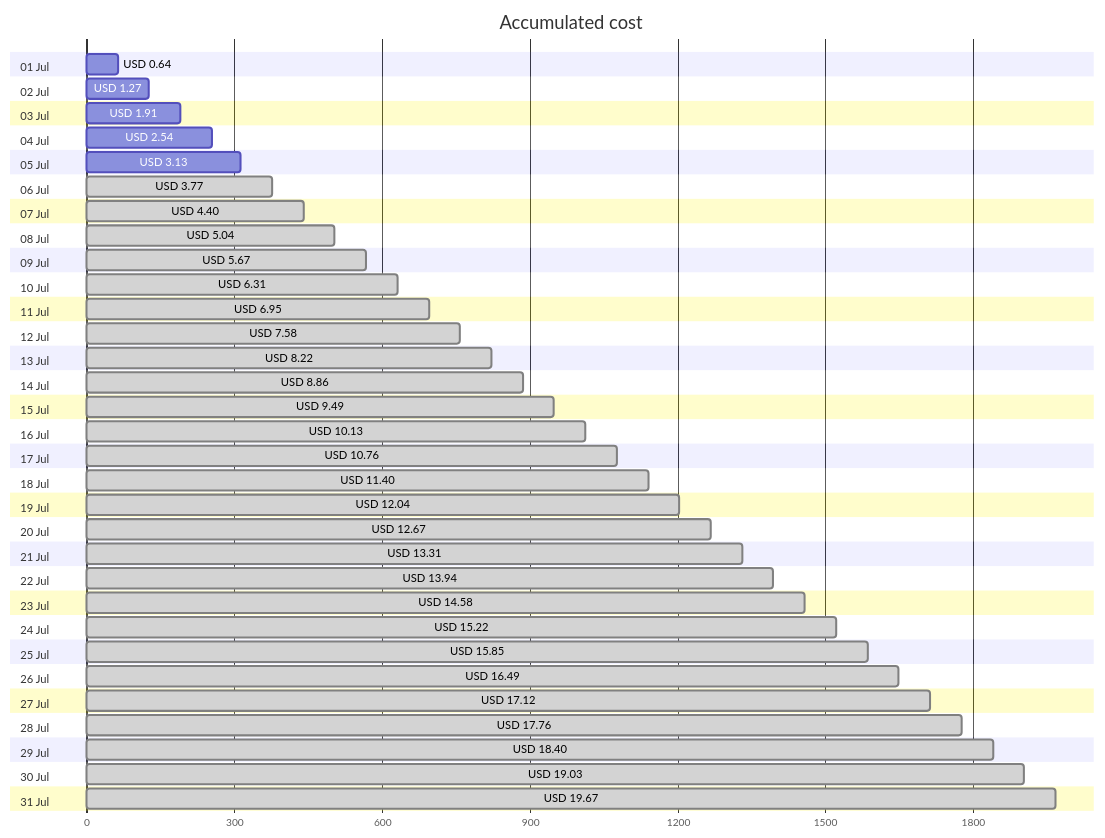
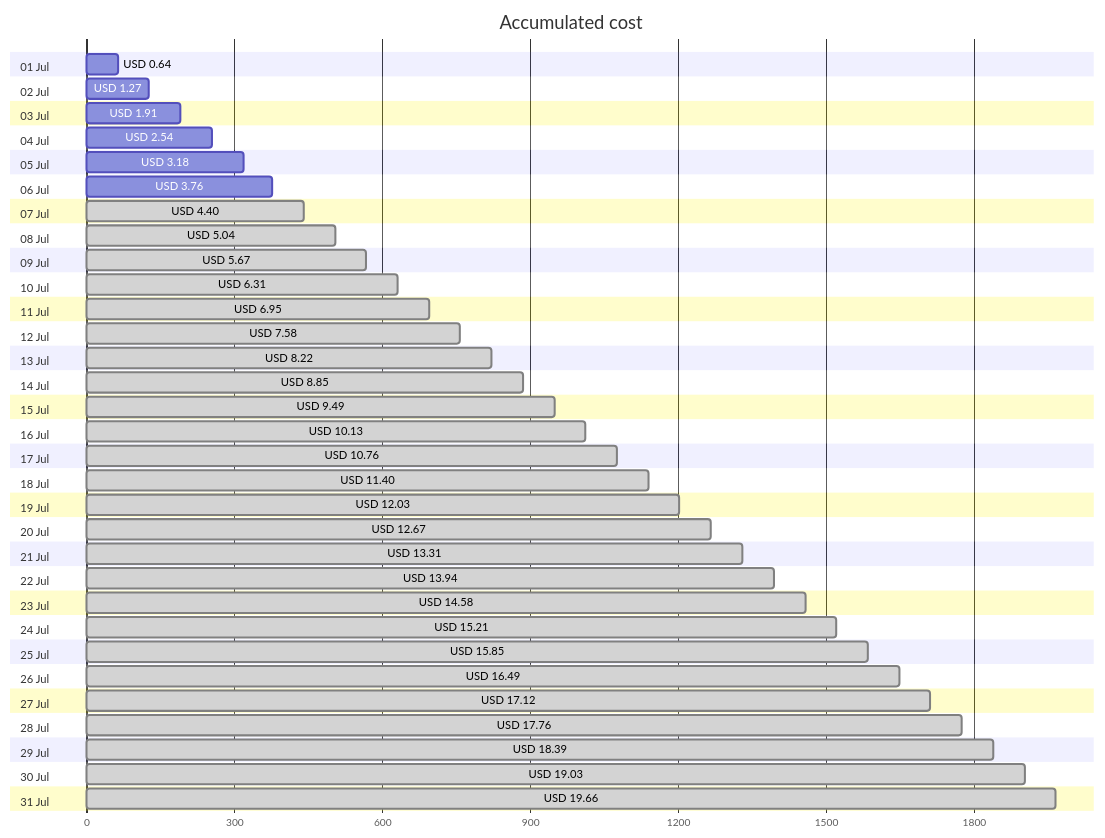
The first of 4 diagrams in cost-reports/accumulated-cost.md (jpfulton/azure-personal-reports), drawn with Mermaid before and after one commit. The commit also changed other lines of this file and 4 other files, not shown here.

````diff
--- a/cost-reports/accumulated-cost.md
+++ b/cost-reports/accumulated-cost.md
@@ -20,68 +20,68 @@
 ```mermaid
 gantt
    title Accumulated cost
    dateFormat  X
    axisFormat %s
    section 01 Jul
    USD 0.64 :0, 64
    section 02 Jul
    USD 1.27 :0, 127
    section 03 Jul
    USD 1.91 :0, 191
    section 04 Jul
    USD 2.54 :0, 254
    section 05 Jul
-   USD 3.13 :0, 313
+   USD 3.18 :0, 318
    section 06 Jul
-   USD 3.77 : done, 0, 377
+   USD 3.76 :0, 376
    section 07 Jul
    USD 4.40 : done, 0, 440
    section 08 Jul
    USD 5.04 : done, 0, 504
    section 09 Jul
    USD 5.67 : done, 0, 567
    section 10 Jul
    USD 6.31 : done, 0, 631
    section 11 Jul
    USD 6.95 : done, 0, 695
    section 12 Jul
    USD 7.58 : done, 0, 758
    section 13 Jul
    USD 8.22 : done, 0, 822
    section 14 Jul
-   USD 8.86 : done, 0, 886
+   USD 8.85 : done, 0, 885
    section 15 Jul
    USD 9.49 : done, 0, 949
    section 16 Jul
    USD 10.13 : done, 0, 1013
    section 17 Jul
    USD 10.76 : done, 0, 1076
    section 18 Jul
    USD 11.40 : done, 0, 1140
    section 19 Jul
-   USD 12.04 : done, 0, 1204
+   USD 12.03 : done, 0, 1203
    section 20 Jul
    USD 12.67 : done, 0, 1267
    section 21 Jul
    USD 13.31 : done, 0, 1331
    section 22 Jul
    USD 13.94 : done, 0, 1394
    section 23 Jul
    USD 14.58 : done, 0, 1458
    section 24 Jul
-   USD 15.22 : done, 0, 1522
+   USD 15.21 : done, 0, 1521
    section 25 Jul
    USD 15.85 : done, 0, 1585
    section 26 Jul
    USD 16.49 : done, 0, 1649
    section 27 Jul
    USD 17.12 : done, 0, 1712
    section 28 Jul
    USD 17.76 : done, 0, 1776
    section 29 Jul
-   USD 18.40 : done, 0, 1840
+   USD 18.39 : done, 0, 1839
    section 30 Jul
    USD 19.03 : done, 0, 1903
    section 31 Jul
-   USD 19.67 : done, 0, 1967
+   USD 19.66 : done, 0, 1966
 ```
````
